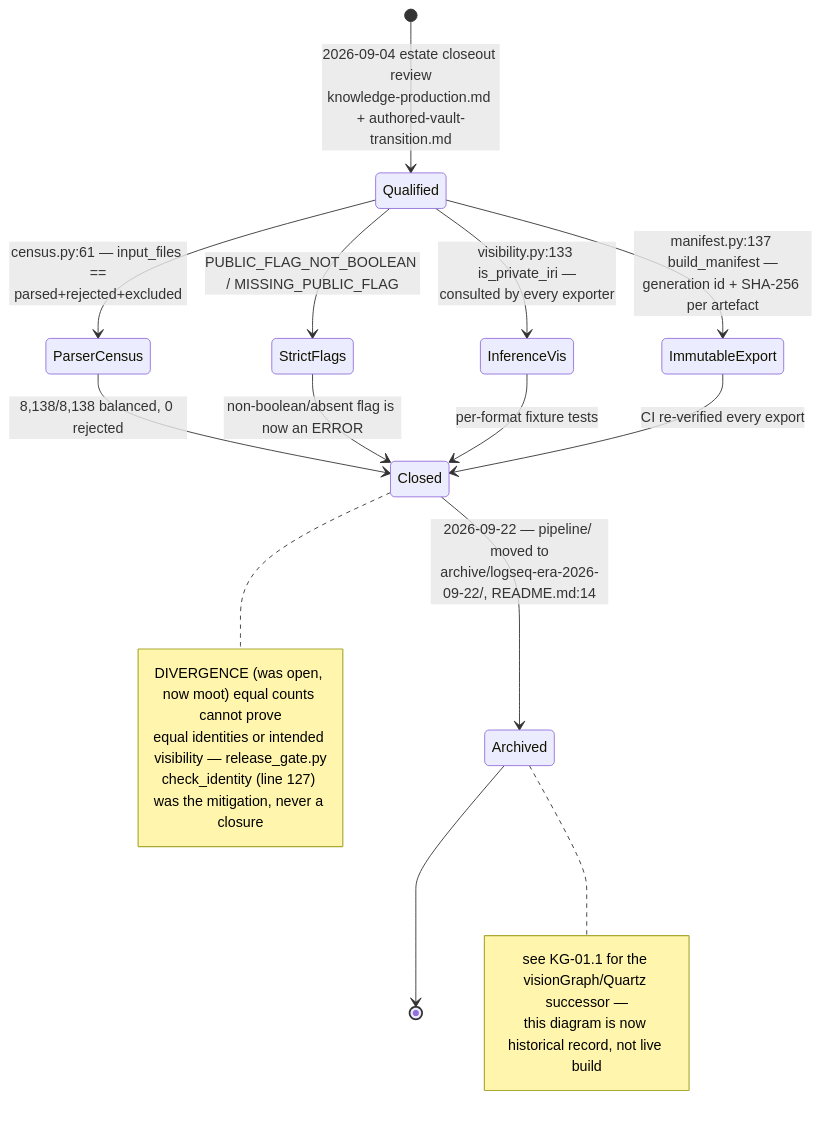
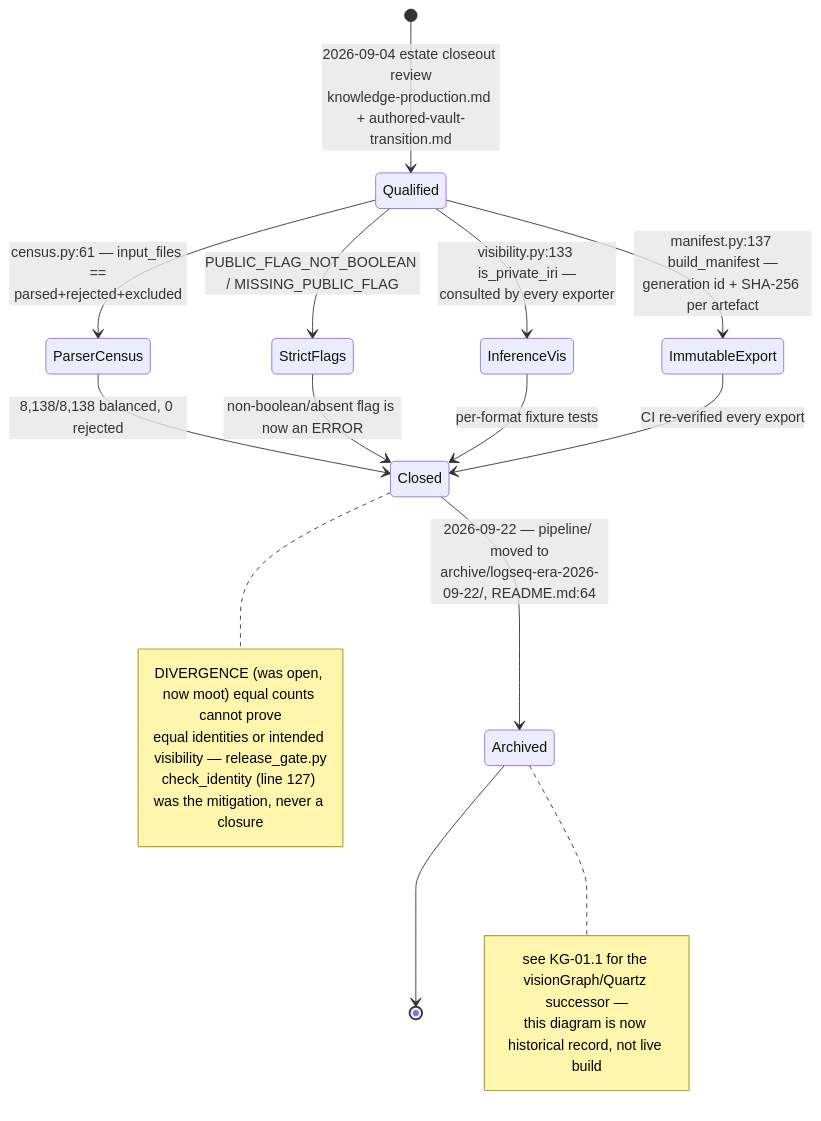
The second of 3 diagrams in docs/diagrams/knowledgegraph/07-invariants-register.md (DreamLab-AI/VisionFlow), drawn with Mermaid before and after one commit. The commit also changed other lines of this file and 160 other files, not shown here.

````diff
--- a/docs/diagrams/knowledgegraph/07-invariants-register.md
+++ b/docs/diagrams/knowledgegraph/07-invariants-register.md
@@ -38,16 +40,16 @@
 ```mermaid
 stateDiagram-v2
     [*] --> Qualified: 2026-09-04 estate closeout review<br/>knowledge-production.md + authored-vault-transition.md
     Qualified --> ParserCensus: census.py:61 — input_files ==<br/>parsed+rejected+excluded
     Qualified --> StrictFlags: PUBLIC_FLAG_NOT_BOOLEAN / MISSING_PUBLIC_FLAG
     Qualified --> InferenceVis: visibility.py:133 is_private_iri —<br/>consulted by every exporter
     Qualified --> ImmutableExport: manifest.py:137 build_manifest —<br/>generation id + SHA-256 per artefact
     ParserCensus --> Closed: 8,138/8,138 balanced, 0 rejected
     StrictFlags --> Closed: non-boolean/absent flag is now an ERROR
     InferenceVis --> Closed: per-format fixture tests
     ImmutableExport --> Closed: CI re-verified every export
-    Closed --> Archived: 2026-09-22 — pipeline/ moved to<br/>archive/logseq-era-2026-09-22/, README.md:14
+    Closed --> Archived: 2026-09-22 — pipeline/ moved to<br/>archive/logseq-era-2026-09-22/, README.md:64
     Archived --> [*]
     note right of Closed: DIVERGENCE #40;was open, now moot#41; equal counts cannot prove<br/>equal identities or intended visibility — release_gate.py<br/>check_identity #40;line 127#41; was the mitigation, never a closure
     note right of Archived: see KG-01.1 for the visionGraph/Quartz successor —<br/>this diagram is now historical record, not live build
 ```
````
